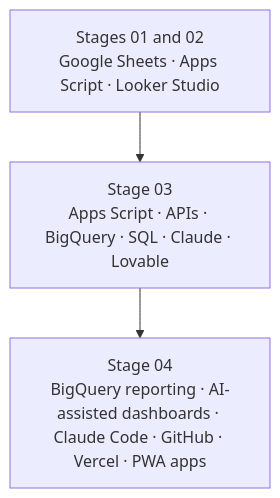
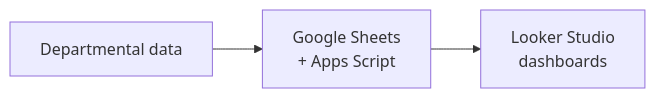
One commit to Nandini-Boda/Nandini-Boda changed the first of 2 diagrams in README.md. Above: the diagram before and after it, drawn with Mermaid. The commit also changed other lines of this file, not shown here.

````diff
--- a/README.md
+++ b/README.md
@@ -105,5 +104,4 @@
 ```mermaid
-flowchart TD
-    A["Stages 01 and 02<br/>Google Sheets · Apps Script · Looker Studio"] --> B["Stage 03<br/>Apps Script · APIs · BigQuery · SQL · Claude · Lovable"]
-    B --> C["Stage 04<br/>BigQuery reporting · AI-assisted dashboards · Claude Code · GitHub · Vercel · PWA apps"]
+flowchart LR
+    A["Departmental data"] --> B["Google Sheets<br/>+ Apps Script"] --> C["Looker Studio<br/>dashboards"]
 ```
````
